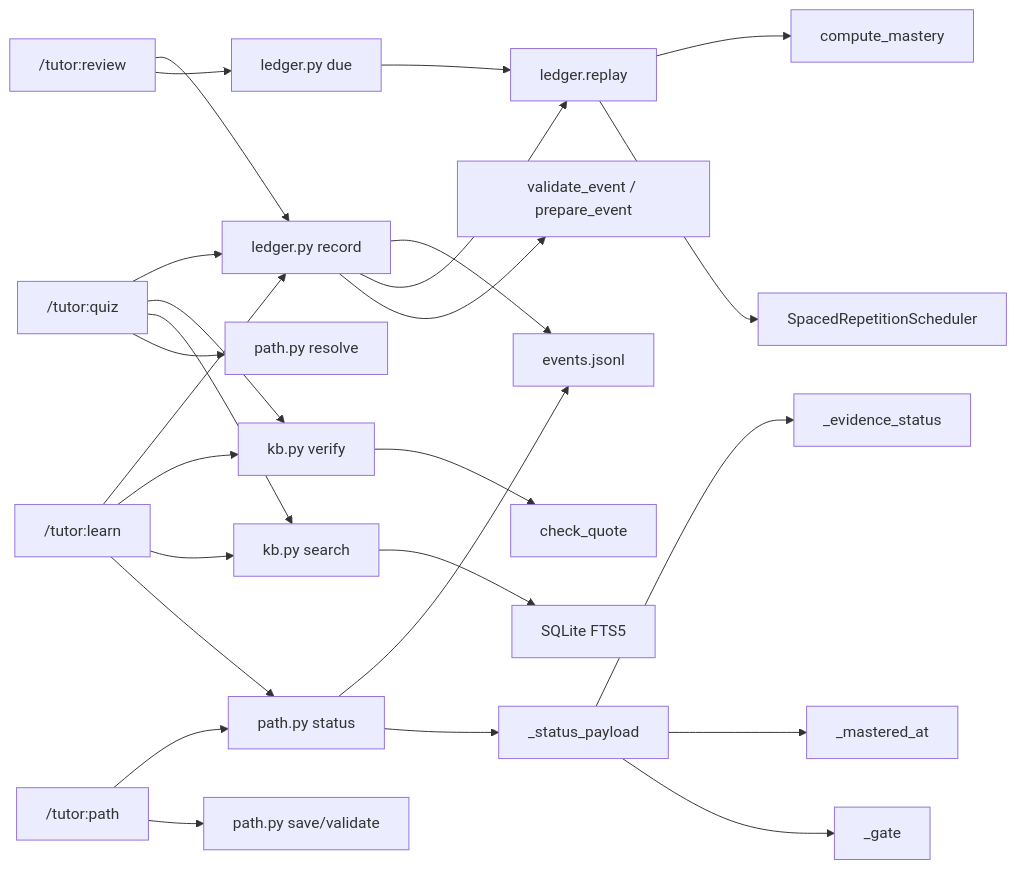
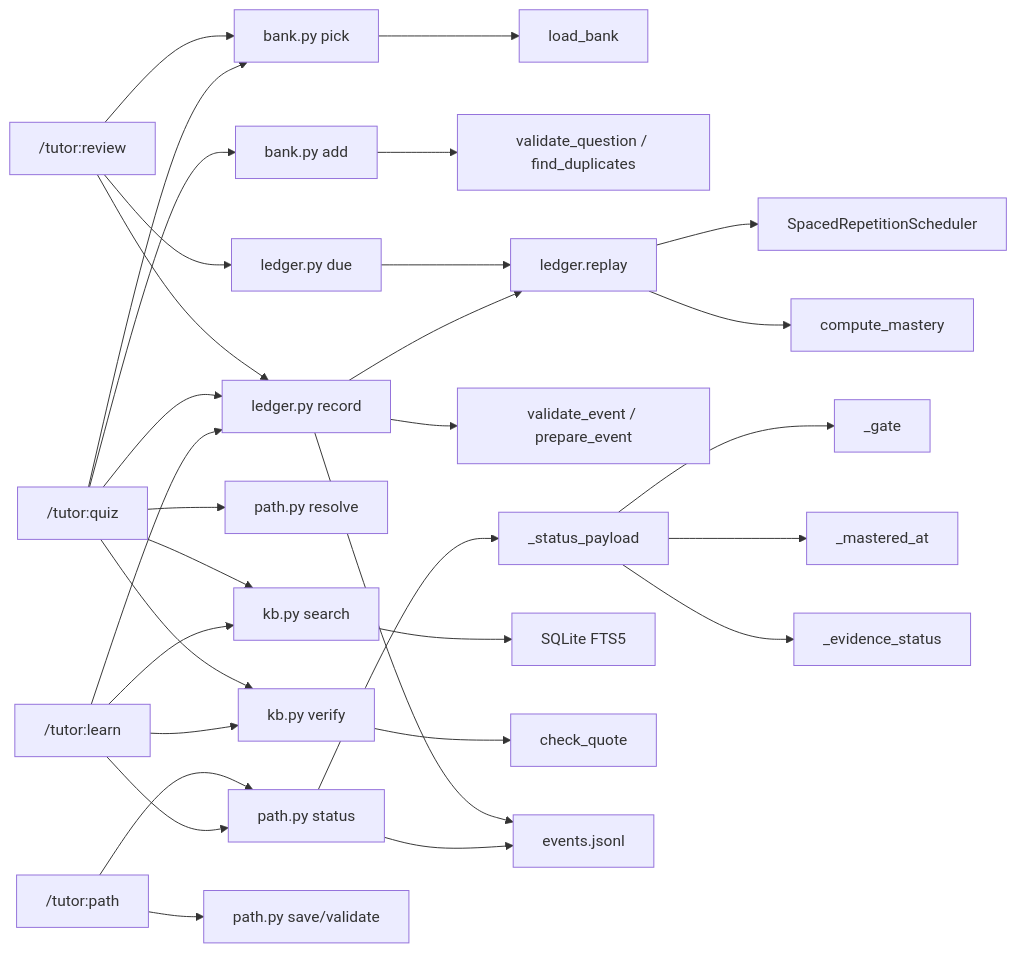
Before and after one commit to Huangyu-Shen/deep-tutor-with-claude-code: the diagram in docs/code-wiki/03-key-code.md, drawn with Mermaid. The commit also changed other lines of this file and 6 other files, not shown here.

````diff
--- a/docs/code-wiki/03-key-code.md
+++ b/docs/code-wiki/03-key-code.md
@@ -240,34 +293,40 @@
 ```mermaid
 graph LR
   LEARN["/tutor:learn"] --> STATUS["path.py status"]
   LEARN --> SEARCH["kb.py search"]
   LEARN --> VERIFY["kb.py verify"]
   LEARN --> RECORD["ledger.py record"]
 
   QUIZ["/tutor:quiz"] --> RESOLVE["path.py resolve"]
   QUIZ --> SEARCH
   QUIZ --> VERIFY
   QUIZ --> RECORD
 
+  QUIZ --> PICK["bank.py pick"]
+  QUIZ --> ADD["bank.py add"]
+  PICK --> BLOAD["load_bank"]
+  ADD --> BVALID["validate_question / find_duplicates"]
+
   REVIEW["/tutor:review"] --> DUE["ledger.py due"]
+  REVIEW --> PICK
   REVIEW --> RECORD
 
   PATH["/tutor:path"] --> SAVE["path.py save/validate"]
   PATH --> STATUS
 
   STATUS --> PAYLOAD["_status_payload"]
   PAYLOAD --> GATE["_gate"]
   PAYLOAD --> MASTERED["_mastered_at"]
   PAYLOAD --> EVID["_evidence_status"]
 
   RECORD --> VALIDATE["validate_event / prepare_event"]
   RECORD --> REPLAY["ledger.replay"]
   DUE --> REPLAY
   REPLAY --> SCHED["SpacedRepetitionScheduler"]
   REPLAY --> MAST["compute_mastery"]
 
   SEARCH --> FTS["SQLite FTS5"]
   VERIFY --> QUOTE["check_quote"]
   STATUS --> EVENTS["events.jsonl"]
   RECORD --> EVENTS
 ```
````
